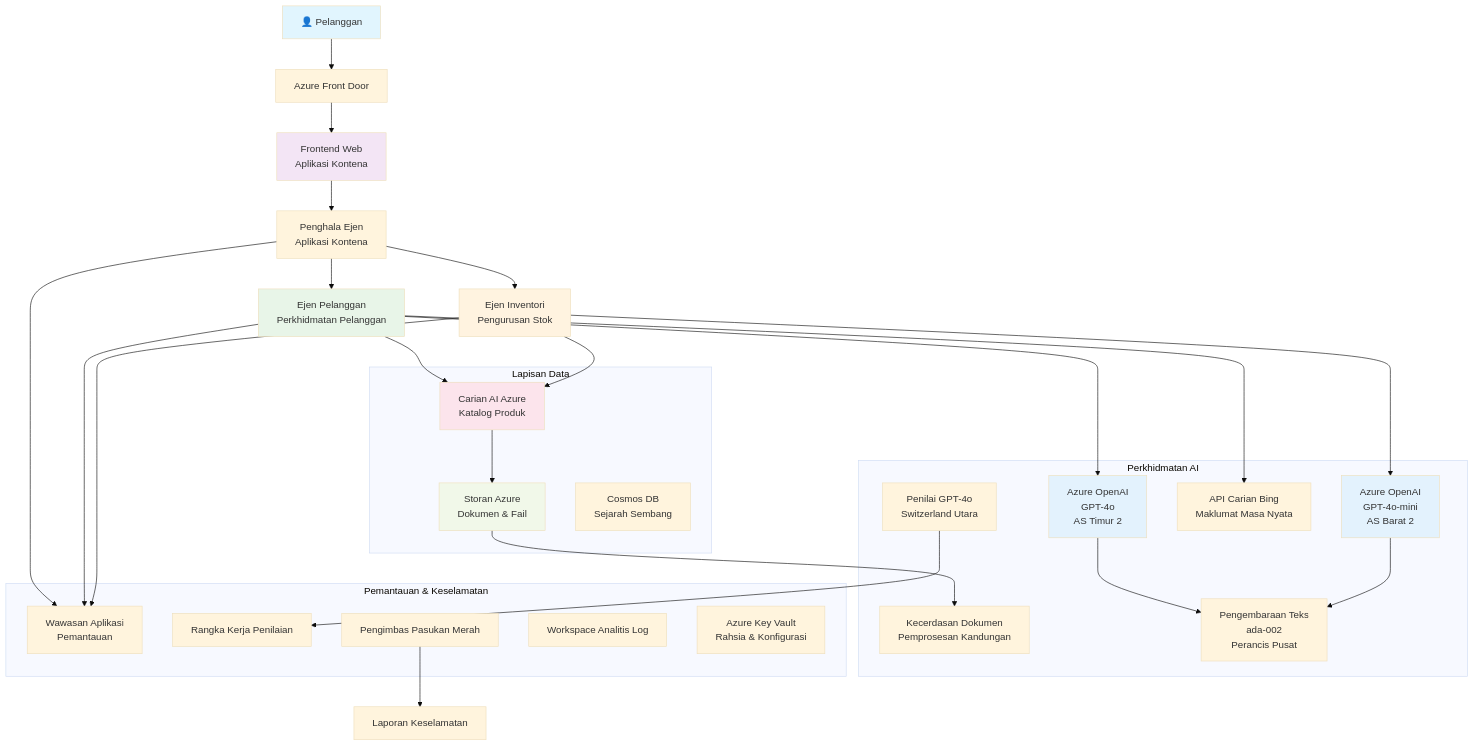
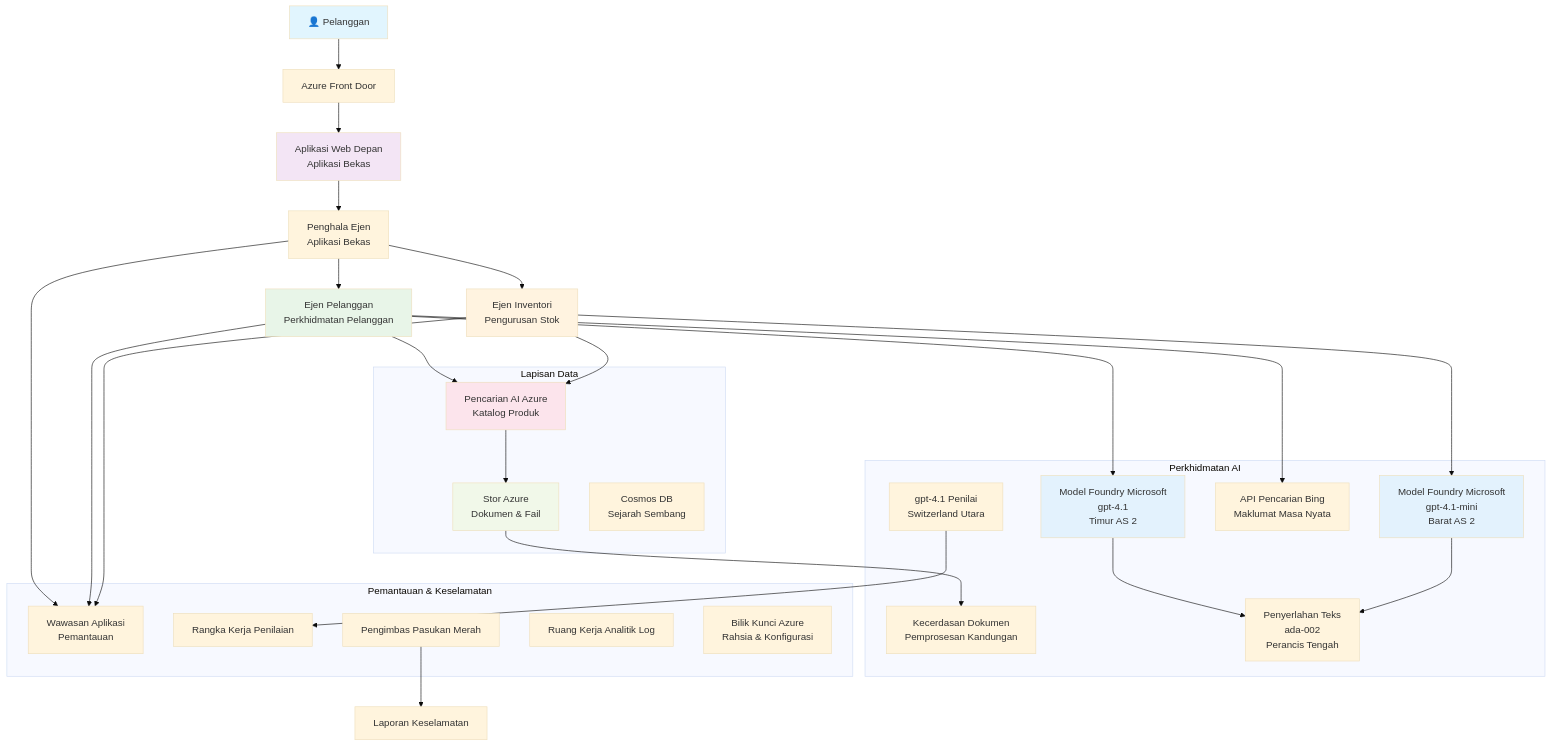
One commit to microsoft/AZD-for-beginners changed the diagram in translations/ms/examples/retail-scenario.md. Above: the diagram before and after it, drawn with Mermaid (base theme). The commit also changed other lines of this file and 101 other files, not shown here.

````diff
--- a/translations/ms/examples/retail-scenario.md
+++ b/translations/ms/examples/retail-scenario.md
@@ -139,61 +139,61 @@
 ```mermaid
 graph TB
     User[👤 Pelanggan] --> LB[Azure Front Door]
-    LB --> WebApp[Frontend Web<br/>Aplikasi Kontena]
+    LB --> WebApp[Aplikasi Web Depan<br/>Aplikasi Bekas]
     
-    WebApp --> Router[Penghala Ejen<br/>Aplikasi Kontena]
+    WebApp --> Router[Penghala Ejen<br/>Aplikasi Bekas]
     Router --> CustomerAgent[Ejen Pelanggan<br/>Perkhidmatan Pelanggan]
     Router --> InvAgent[Ejen Inventori<br/>Pengurusan Stok]
     
-    CustomerAgent --> OpenAI1[Azure OpenAI<br/>GPT-4o<br/>AS Timur 2]
-    InvAgent --> OpenAI2[Azure OpenAI<br/>GPT-4o-mini<br/>AS Barat 2]
+    CustomerAgent --> OpenAI1[Model Foundry Microsoft<br/>gpt-4.1<br/>Timur AS 2]
+    InvAgent --> OpenAI2[Model Foundry Microsoft<br/>gpt-4.1-mini<br/>Barat AS 2]
     
-    CustomerAgent --> AISearch[Carian AI Azure<br/>Katalog Produk]
-    CustomerAgent --> BingSearch[API Carian Bing<br/>Maklumat Masa Nyata]
+    CustomerAgent --> AISearch[Pencarian AI Azure<br/>Katalog Produk]
+    CustomerAgent --> BingSearch[API Pencarian Bing<br/>Maklumat Masa Nyata]
     InvAgent --> AISearch
     
-    AISearch --> Storage[Storan Azure<br/>Dokumen & Fail]
+    AISearch --> Storage[Stor Azure<br/>Dokumen & Fail]
     Storage --> DocIntel[Kecerdasan Dokumen<br/>Pemprosesan Kandungan]
     
-    OpenAI1 --> Embeddings[Pengembaraan Teks<br/>ada-002<br/>Perancis Pusat]
+    OpenAI1 --> Embeddings[Penyerlahan Teks<br/>ada-002<br/>Perancis Tengah]
     OpenAI2 --> Embeddings
     
     Router --> AppInsights[Wawasan Aplikasi<br/>Pemantauan]
     CustomerAgent --> AppInsights
     InvAgent --> AppInsights
     
-    GraderModel[Penilai GPT-4o<br/>Switzerland Utara] --> Evaluation[Rangka Kerja Penilaian]
+    GraderModel[gpt-4.1 Penilai<br/>Switzerland Utara] --> Evaluation[Rangka Kerja Penilaian]
     RedTeam[Pengimbas Pasukan Merah] --> SecurityReports[Laporan Keselamatan]
     
     subgraph "Lapisan Data"
         Storage
         AISearch
         CosmosDB[Cosmos DB<br/>Sejarah Sembang]
     end
     
     subgraph "Perkhidmatan AI"
         OpenAI1
         OpenAI2
         Embeddings
         GraderModel
         DocIntel
         BingSearch
     end
     
     subgraph "Pemantauan & Keselamatan"
         AppInsights
-        LogAnalytics[Workspace Analitis Log]
-        KeyVault[Azure Key Vault<br/>Rahsia & Konfigurasi]
+        LogAnalytics[Ruang Kerja Analitik Log]
+        KeyVault[Bilik Kunci Azure<br/>Rahsia & Konfigurasi]
         RedTeam
         Evaluation
     end
     
     style User fill:#e1f5fe
     style WebApp fill:#f3e5f5
     style CustomerAgent fill:#e8f5e8
     style InvAgent fill:#fff3e0
     style OpenAI1 fill:#e3f2fd
     style OpenAI2 fill:#e3f2fd
     style AISearch fill:#fce4ec
     style Storage fill:#f1f8e9
-```  
+```
````
